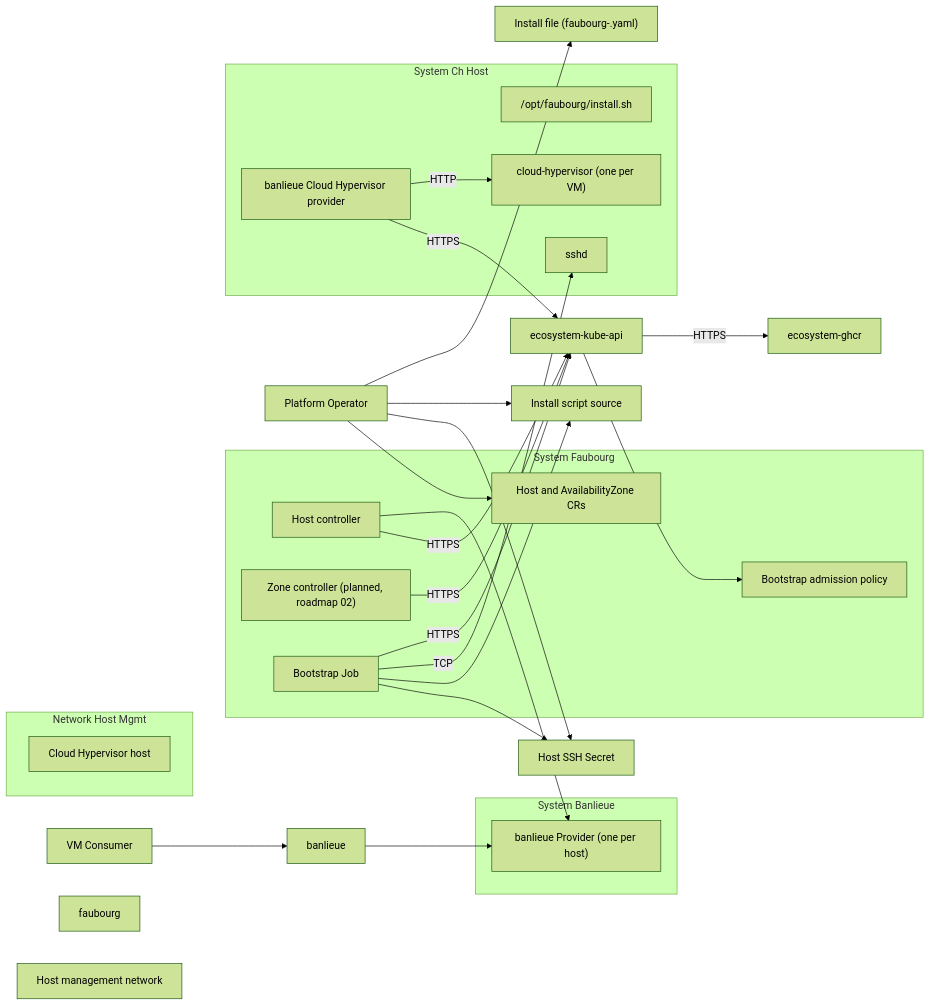
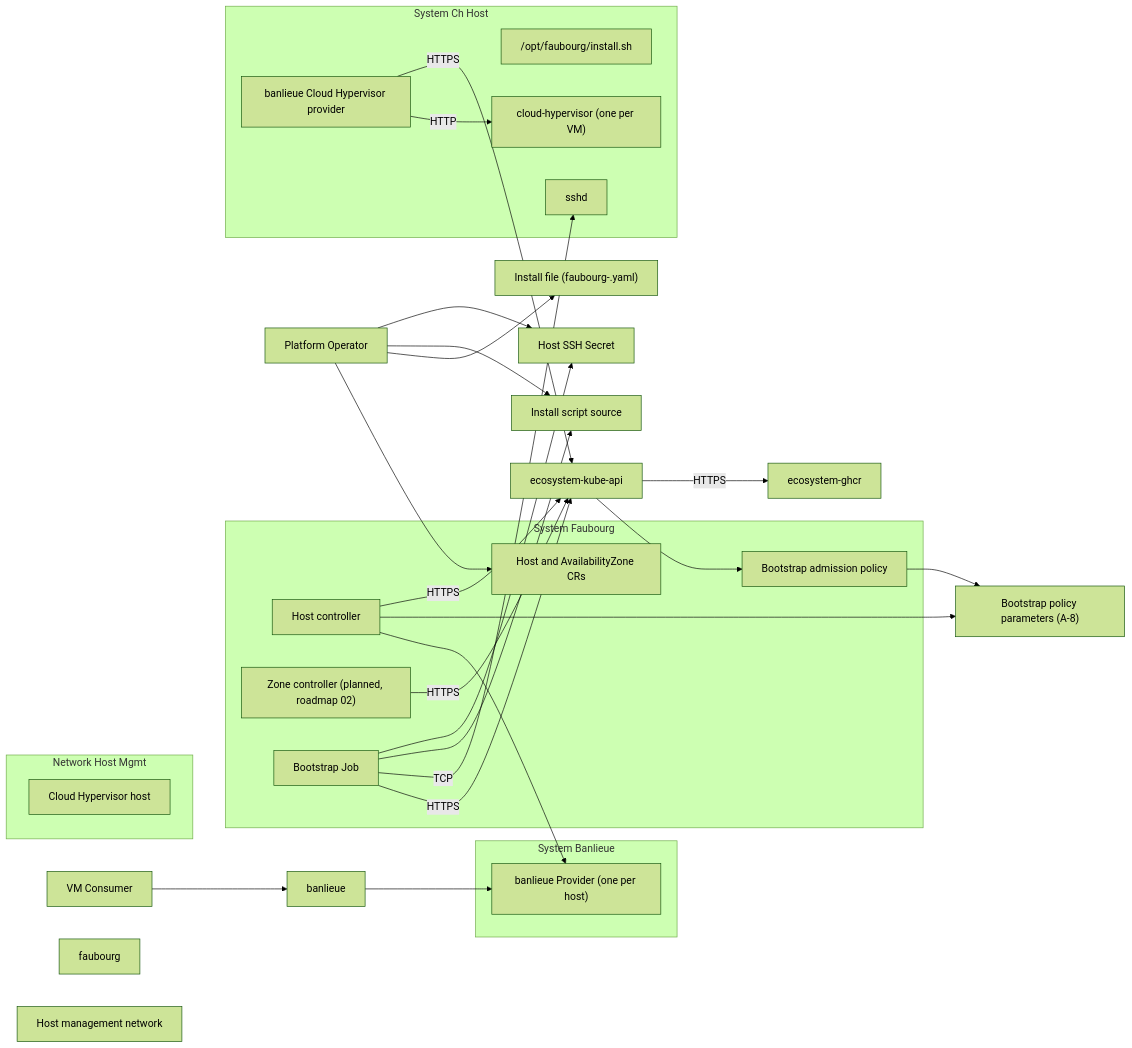
Before and after one commit to firestoned/faubourg: the diagram in docs/architecture/diagrams/system.md, drawn with Mermaid (forest theme). The commit also changed 28 other files, not shown here.

````diff
--- a/docs/architecture/diagrams/system.md
+++ b/docs/architecture/diagrams/system.md
@@ -21,58 +21,61 @@
 ```mermaid
 flowchart LR
     actor-platform-operator["Platform Operator"]
     actor-vm-consumer["VM Consumer"]
     system-faubourg["faubourg"]
     service-host-controller["Host controller"]
     service-zone-controller["Zone controller (planned, roadmap 02)"]
     service-bootstrap-job["Bootstrap Job"]
     service-bootstrap-admission-policy["Bootstrap admission policy"]
+    data-asset-bootstrap-policy-params["Bootstrap policy parameters (A-8)"]
     data-asset-host-az-crs["Host and AvailabilityZone CRs"]
     data-asset-ssh-secret["Host SSH Secret"]
     system-banlieue["banlieue"]
     data-asset-provider-cr["banlieue Provider (one per host)"]
     system-ch-host["Cloud Hypervisor host"]
     data-asset-install-script["Install script source"]
     data-asset-host-install-script["/opt/faubourg/install.sh"]
     service-ssh["sshd"]
     service-banlieue-ch-provider["banlieue Cloud Hypervisor provider"]
     service-cloud-hypervisor["cloud-hypervisor (one per VM)"]
     network-host-mgmt["Host management network"]
     data-asset-install-file["Install file (faubourg-<version>.yaml)"]
     subgraph sg_system-faubourg [System Faubourg]
         service-host-controller
         service-zone-controller
         service-bootstrap-job
         service-bootstrap-admission-policy
         data-asset-host-az-crs
     end
     subgraph sg_system-ch-host [System Ch Host]
         service-ssh
         data-asset-host-install-script
         service-banlieue-ch-provider
         service-cloud-hypervisor
     end
     subgraph sg_system-banlieue [System Banlieue]
         data-asset-provider-cr
     end
     subgraph sg_network-host-mgmt [Network Host Mgmt]
         system-ch-host
     end
     actor-platform-operator --> data-asset-host-az-crs
     actor-platform-operator --> data-asset-ssh-secret
     actor-platform-operator --> data-asset-install-script
     actor-vm-consumer --> system-banlieue
     service-host-controller -->|HTTPS| ecosystem-kube-api
     ecosystem-kube-api --> service-bootstrap-admission-policy
+    service-bootstrap-admission-policy --> data-asset-bootstrap-policy-params
+    service-host-controller --> data-asset-bootstrap-policy-params
     service-zone-controller -->|HTTPS| ecosystem-kube-api
     service-bootstrap-job --> data-asset-ssh-secret
     service-bootstrap-job --> data-asset-install-script
     service-bootstrap-job -->|TCP| service-ssh
     service-banlieue-ch-provider -->|HTTPS| ecosystem-kube-api
     service-banlieue-ch-provider -->|HTTP| service-cloud-hypervisor
     system-banlieue --> data-asset-provider-cr
     service-host-controller --> data-asset-provider-cr
     service-bootstrap-job -->|HTTPS| ecosystem-kube-api
     ecosystem-kube-api -->|HTTPS| ecosystem-ghcr
     actor-platform-operator --> data-asset-install-file
 ```
````
